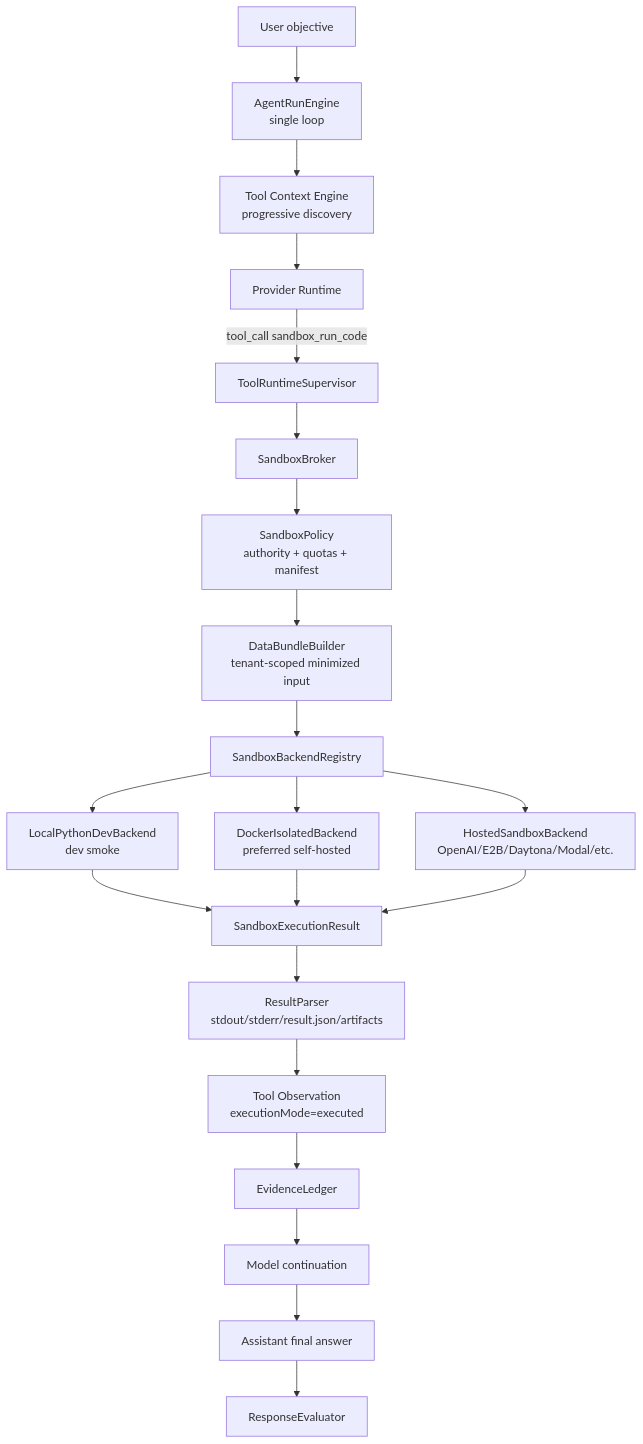
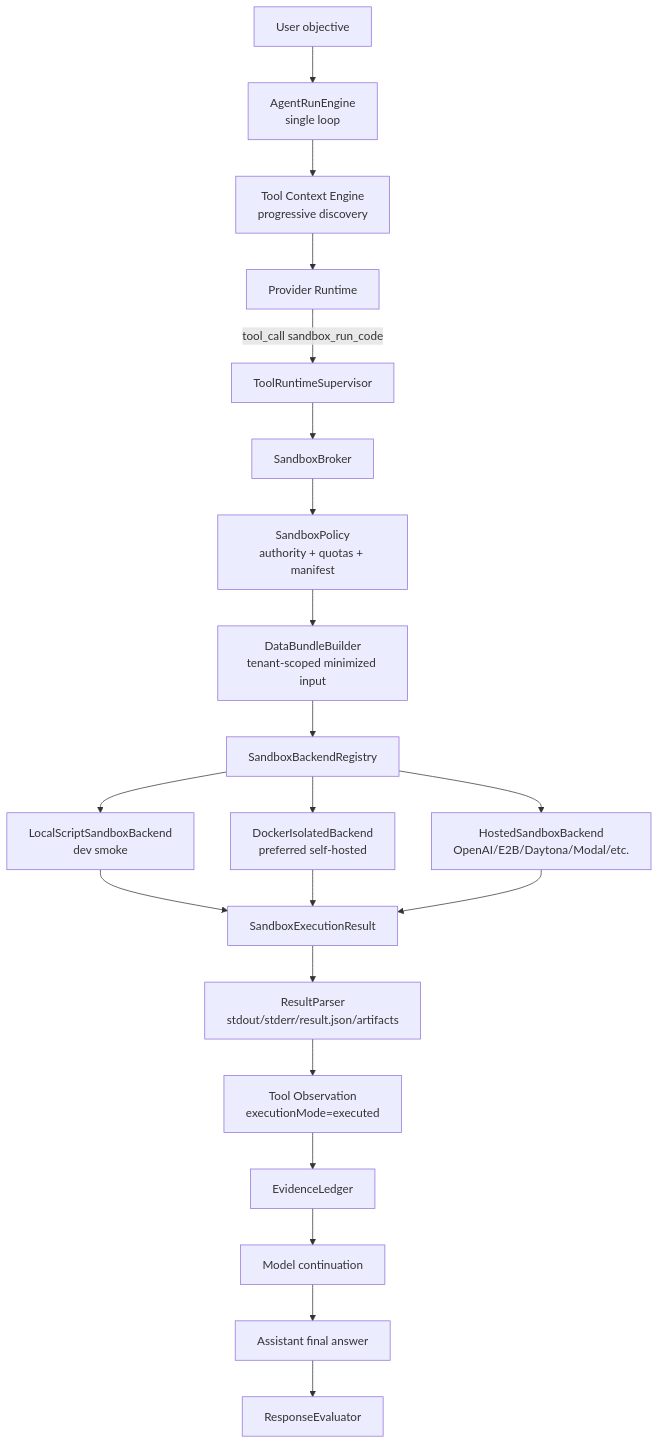
Before and after one commit to Suysker/xox-model: the diagram in docs/adr/0026-real-manifest-scoped-sandbox-runtime.md, drawn with Mermaid. The commit also changed other lines of this file and 22 other files, not shown here.

````diff
--- a/docs/adr/0026-real-manifest-scoped-sandbox-runtime.md
+++ b/docs/adr/0026-real-manifest-scoped-sandbox-runtime.md
@@ -122,28 +122,28 @@
 ```mermaid
 flowchart TD
   User["User objective"] --> Engine["AgentRunEngine<br/>single loop"]
   Engine --> Catalog["Tool Context Engine<br/>progressive discovery"]
   Catalog --> Model["Provider Runtime"]
   Model -->|tool_call sandbox_run_code| ToolRuntime["ToolRuntimeSupervisor"]
 
   ToolRuntime --> Broker["SandboxBroker"]
   Broker --> Policy["SandboxPolicy<br/>authority + quotas + manifest"]
   Policy --> Bundle["DataBundleBuilder<br/>tenant-scoped minimized input"]
   Bundle --> Registry["SandboxBackendRegistry"]
 
-  Registry --> LocalPython["LocalPythonDevBackend<br/>dev smoke"]
+  Registry --> LocalScript["LocalScriptSandboxBackend<br/>dev smoke"]
   Registry --> Docker["DockerIsolatedBackend<br/>preferred self-hosted"]
   Registry --> Hosted["HostedSandboxBackend<br/>OpenAI/E2B/Daytona/Modal/etc."]
 
-  LocalPython --> Result["SandboxExecutionResult"]
+  LocalScript --> Result["SandboxExecutionResult"]
   Docker --> Result
   Hosted --> Result
 
   Result --> Parser["ResultParser<br/>stdout/stderr/result.json/artifacts"]
   Parser --> Observation["Tool Observation<br/>executionMode=executed"]
 
   Observation --> Evidence["EvidenceLedger"]
   Evidence --> Model2["Model continuation"]
   Model2 --> Final["Assistant final answer"]
   Final --> ResponseEval["ResponseEvaluator"]
 ```
````
